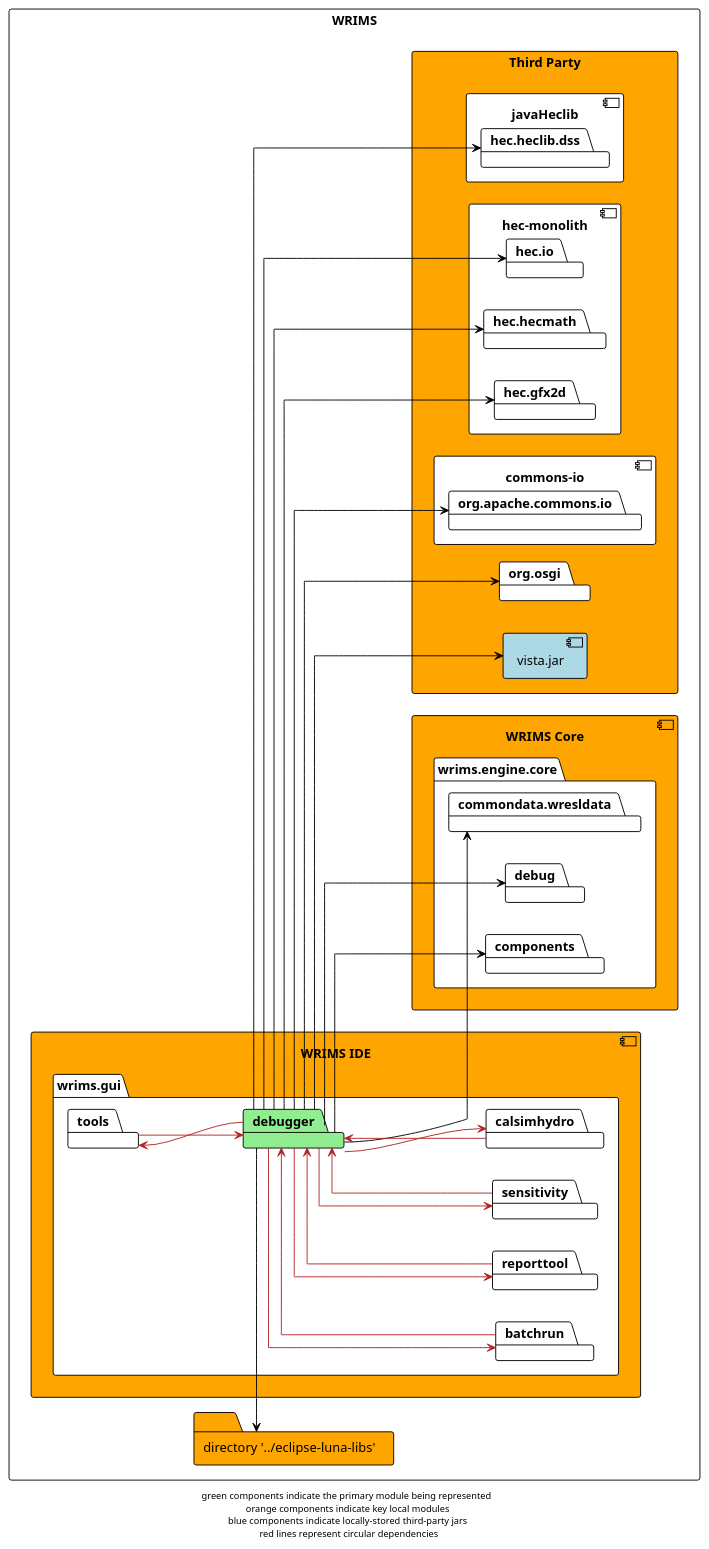
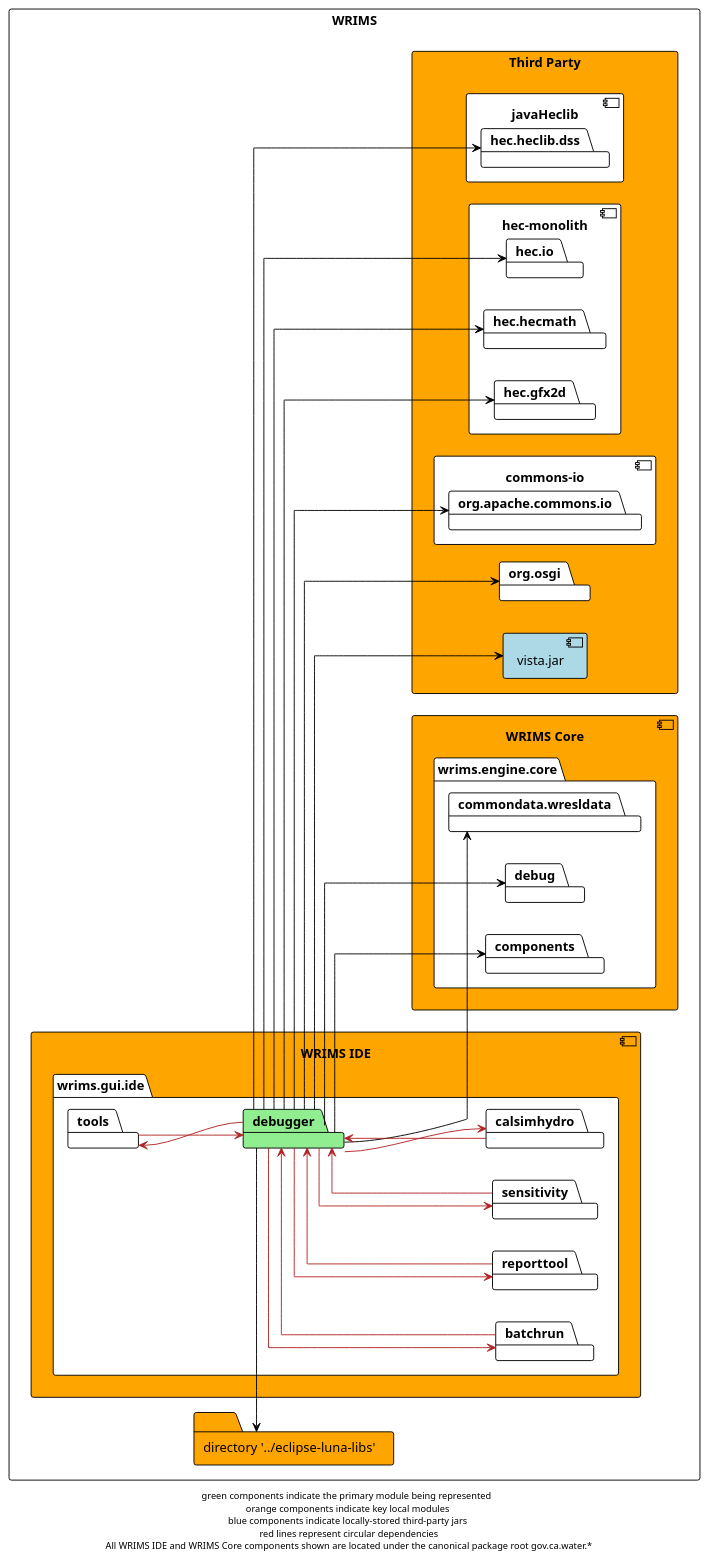
One commit to CentralValleyModeling/wrims-gui changed the diagram in docs/diagrams/wrims-modules/wrims-ide/wrims-ide_debugger.plantuml. Above: the diagram before and after it, drawn with PlantUML. The commit also changed 21 other files, not shown here.

Commit message:
Updated diagrams with missing canonical tld paths

```diff
--- a/docs/diagrams/wrims-modules/wrims-ide/wrims-ide_debugger.plantuml
+++ b/docs/diagrams/wrims-modules/wrims-ide/wrims-ide_debugger.plantuml
@@ -1,69 +1,69 @@
 @startuml
 
 !theme plain
 left to right direction
 skinparam linetype ortho
 
 rectangle WRIMS {
     component wrims-ide as "WRIMS IDE" #orange {
-        package wrims.gui {
+        package wrims.gui.ide {
             package debugger #lightgreen
             package tools
             package batchrun
             package calsimhydro
             package reporttool
             package sensitivity
         }
     }
 
     component wrims_core as "WRIMS Core" #orange {
         package wrims.engine.core {
             package commondata.wresldata
             package debug
             package components
         }
     }
 
     rectangle third-party as "Third Party" #orange {
         package org.osgi
         component javaHeclib {
             package hec.heclib.dss
         }
         component hec.monolith as "hec-monolith" {
             package hec.io
             package hec.hecmath
             package hec.gfx2d
         }
         component vista.jar #lightblue
         component commons_io as "commons-io" {
             package org.apache.commons.io
         }
     }
 
     folder luna_libs as "directory '../eclipse-luna-libs'" #orange
 }
 debugger -> luna_libs
 debugger -up-> tools #firebrick
 debugger --> batchrun #firebrick
 debugger -> commondata.wresldata
 debugger -> debug
 debugger -right-> org.osgi
 debugger -down-> hec.heclib.dss
 debugger -up-> calsimhydro #firebrick
 debugger -down-> hec.io
 debugger -down-> vista.jar
 debugger -down-> org.apache.commons.io
 debugger -down-> components
 debugger -down-> hec.hecmath
 debugger --> reporttool #firebrick
 debugger -down-> sensitivity #firebrick
 debugger -down-> hec.gfx2d
 
 sensitivity -> debugger #firebrick
 batchrun -> debugger #firebrick
 calsimhydro -u-> debugger #firebrick
 tools -> debugger #firebrick
 reporttool -> debugger #firebrick
 
-footer "green components indicate the primary module being represented \n orange components indicate key local modules \n blue components indicate locally-stored third-party jars \n red lines represent circular dependencies"
+footer "green components indicate the primary module being represented \n orange components indicate key local modules \n blue components indicate locally-stored third-party jars \n red lines represent circular dependencies\n All WRIMS IDE and WRIMS Core components shown are located under the canonical package root gov.ca.water.*"
 @enduml
```
